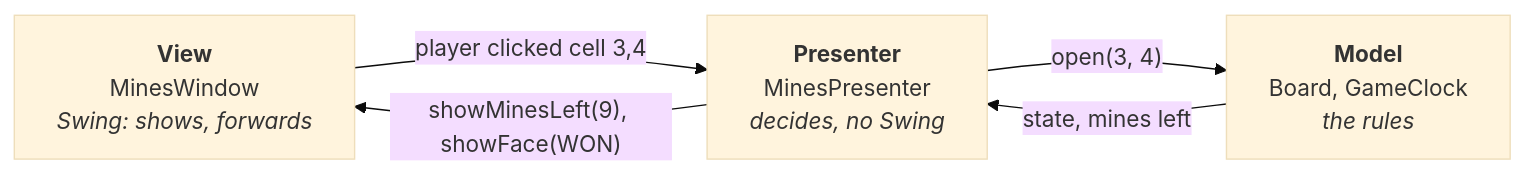
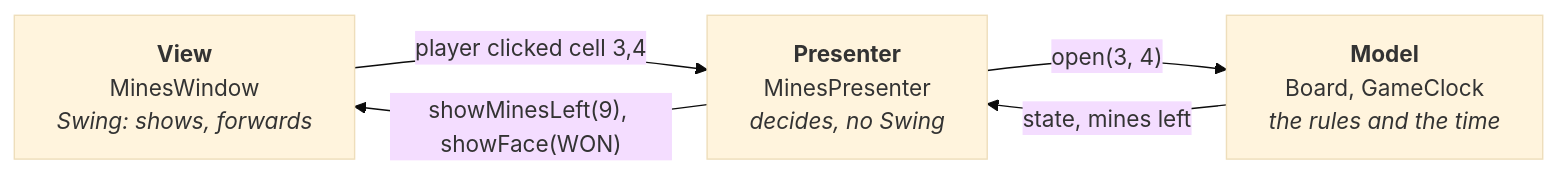
One commit to amadeos-eu/amade-game-engine changed the diagram in docs/handbook/chapters/02-structure.md. Above: the diagram before and after it, drawn with Mermaid (base theme). The commit also changed other lines of this file and 9 other files, not shown here.

````diff
--- a/docs/handbook/chapters/02-structure.md
+++ b/docs/handbook/chapters/02-structure.md
@@ -62,10 +62,10 @@
 ```mermaid
 flowchart LR
     W["<b>View</b><br/>MinesWindow<br/><i>Swing: shows, forwards</i>"]
     P["<b>Presenter</b><br/>MinesPresenter<br/><i>decides, no Swing</i>"]
-    M["<b>Model</b><br/>Board, GameClock<br/><i>the rules</i>"]
+    M["<b>Model</b><br/>Board, GameClock<br/><i>the rules and the time</i>"]
     W -- "player clicked cell 3,4" --> P
     P -- "open(3, 4)" --> M
     M -- "state, mines left" --> P
     P -- "showMinesLeft(9), showFace(WON)" --> W
 ```
````
